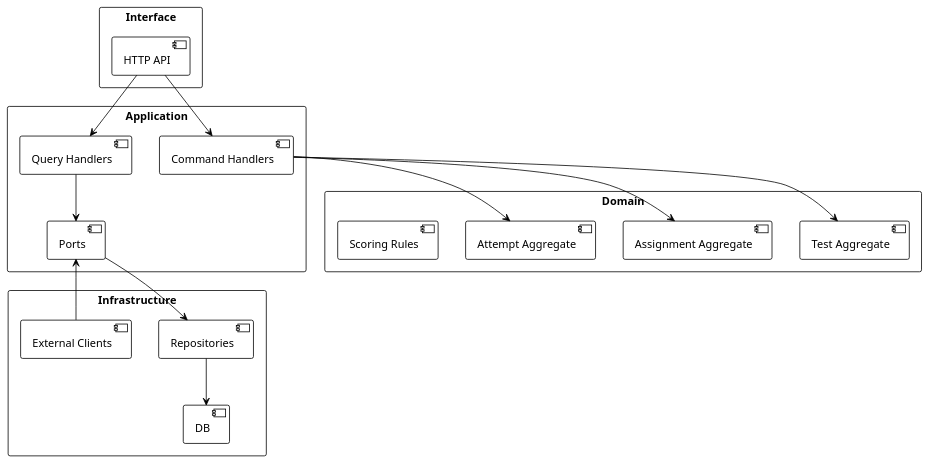
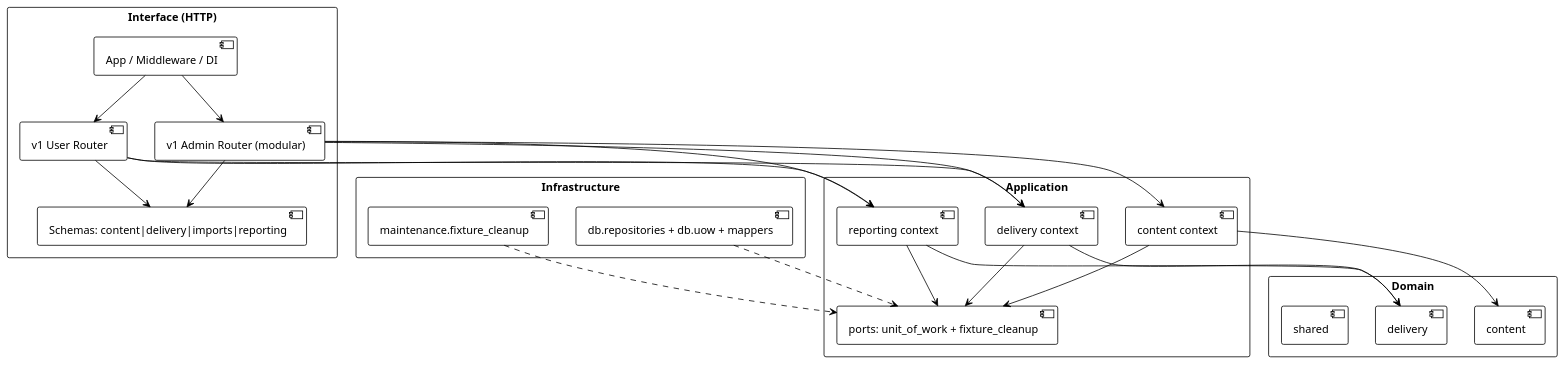
The diagram in docs/diagrams/architecture.puml (semoleg1986/assessment-service), drawn with PlantUML before and after one commit. The commit also changed 2 other files, not shown here.

Commit message:
docs(architecture): document interface/infrastructure layers

```diff
--- a/docs/diagrams/architecture.puml
+++ b/docs/diagrams/architecture.puml
@@ -1,38 +1,52 @@
 @startuml
 !theme plain
 skinparam shadowing false
 skinparam packageStyle rectangle
 
-package "Interface" {
-  [HTTP API]
+package "Interface (HTTP)" {
+  [App / Middleware / DI]
+  [v1 Admin Router (modular)]
+  [v1 User Router]
+  [Schemas: content|delivery|imports|reporting]
 }
 
 package "Application" {
-  [Command Handlers]
-  [Query Handlers]
-  [Ports]
+  [content context]
+  [delivery context]
+  [reporting context]
+  [ports: unit_of_work + fixture_cleanup]
 }
 
 package "Domain" {
-  [Test Aggregate]
-  [Assignment Aggregate]
-  [Attempt Aggregate]
-  [Scoring Rules]
+  [content]
+  [delivery]
+  [shared]
 }
 
 package "Infrastructure" {
-  [Repositories]
-  [DB]
-  [External Clients]
+  [db.repositories + db.uow + mappers]
+  [maintenance.fixture_cleanup]
 }
 
-[HTTP API] --> [Command Handlers]
-[HTTP API] --> [Query Handlers]
-[Command Handlers] --> [Test Aggregate]
-[Command Handlers] --> [Assignment Aggregate]
-[Command Handlers] --> [Attempt Aggregate]
-[Query Handlers] --> [Ports]
-[Ports] --> [Repositories]
-[Repositories] --> [DB]
-[External Clients] --> [Ports]
+[App / Middleware / DI] --> [v1 Admin Router (modular)]
+[App / Middleware / DI] --> [v1 User Router]
+[v1 Admin Router (modular)] --> [Schemas: content|delivery|imports|reporting]
+[v1 User Router] --> [Schemas: content|delivery|imports|reporting]
+
+[v1 Admin Router (modular)] --> [content context]
+[v1 Admin Router (modular)] --> [delivery context]
+[v1 Admin Router (modular)] --> [reporting context]
+[v1 User Router] --> [delivery context]
+[v1 User Router] --> [reporting context]
+
+[content context] --> [content]
+[delivery context] --> [delivery]
+[reporting context] --> [delivery]
+
+[content context] --> [ports: unit_of_work + fixture_cleanup]
+[delivery context] --> [ports: unit_of_work + fixture_cleanup]
+[reporting context] --> [ports: unit_of_work + fixture_cleanup]
+
+[db.repositories + db.uow + mappers] ..> [ports: unit_of_work + fixture_cleanup]
+[maintenance.fixture_cleanup] ..> [ports: unit_of_work + fixture_cleanup]
 @enduml
```
